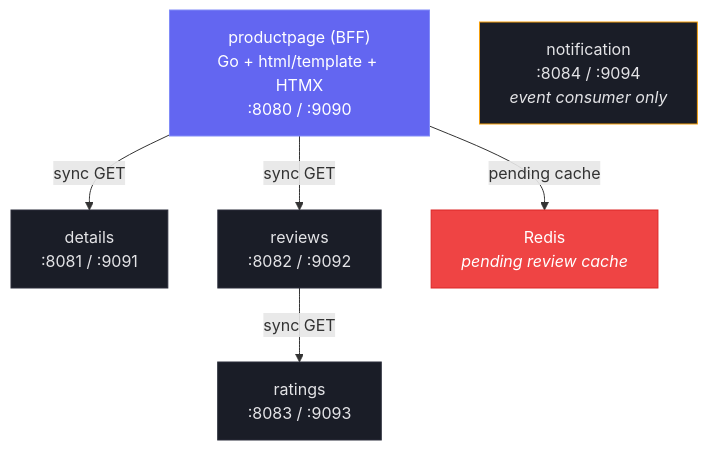
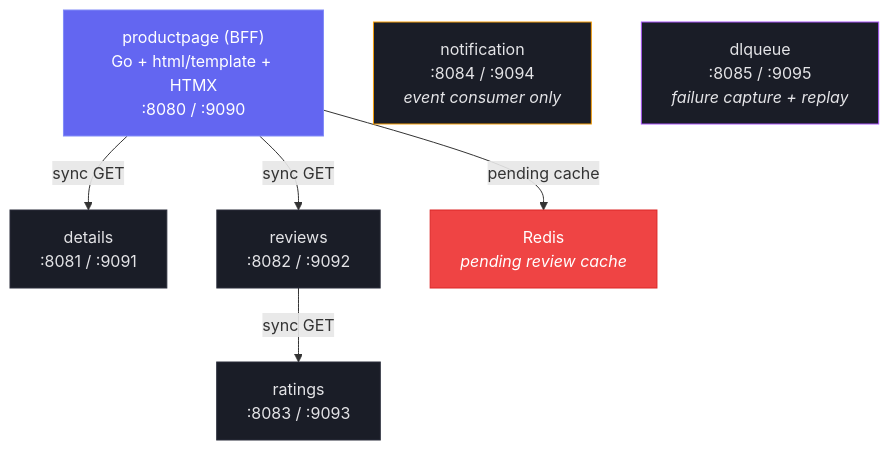
Before and after one commit to kaio6fellipe/event-driven-bookinfo: the second of 4 diagrams in README.md, drawn with Mermaid. The commit also changed other lines of this file and 51 other files, not shown here.

First line of the commit message:
feat: dlqueue service with CQRS DLQ + sensor dlqTriggers (#22)

````diff
--- a/README.md
+++ b/README.md
@@ -11,21 +63,23 @@
 ```mermaid
 graph TD
     PP["productpage (BFF)<br/>Go + html/template + HTMX<br/>:8080 / :9090"]
     D["details<br/>:8081 / :9091"]
     R["reviews<br/>:8082 / :9092"]
     RT["ratings<br/>:8083 / :9093"]
     N["notification<br/>:8084 / :9094<br/><i>event consumer only</i>"]
+    DLQ["dlqueue<br/>:8085 / :9095<br/><i>failure capture + replay</i>"]
     Redis["Redis<br/><i>pending review cache</i>"]
 
     PP -->|sync GET| D
     PP -->|sync GET| R
     R -->|sync GET| RT
     PP -->|"pending cache"| Redis
 
     style PP fill:#6366f1,color:#fff,stroke:#818cf8
     style D fill:#1a1d27,color:#e4e4e7,stroke:#2a2d3a
     style R fill:#1a1d27,color:#e4e4e7,stroke:#2a2d3a
     style RT fill:#1a1d27,color:#e4e4e7,stroke:#2a2d3a
     style N fill:#1a1d27,color:#e4e4e7,stroke:#f59e0b
+    style DLQ fill:#1a1d27,color:#e4e4e7,stroke:#a855f7
     style Redis fill:#ef4444,color:#fff,stroke:#dc2626
 ```
````
